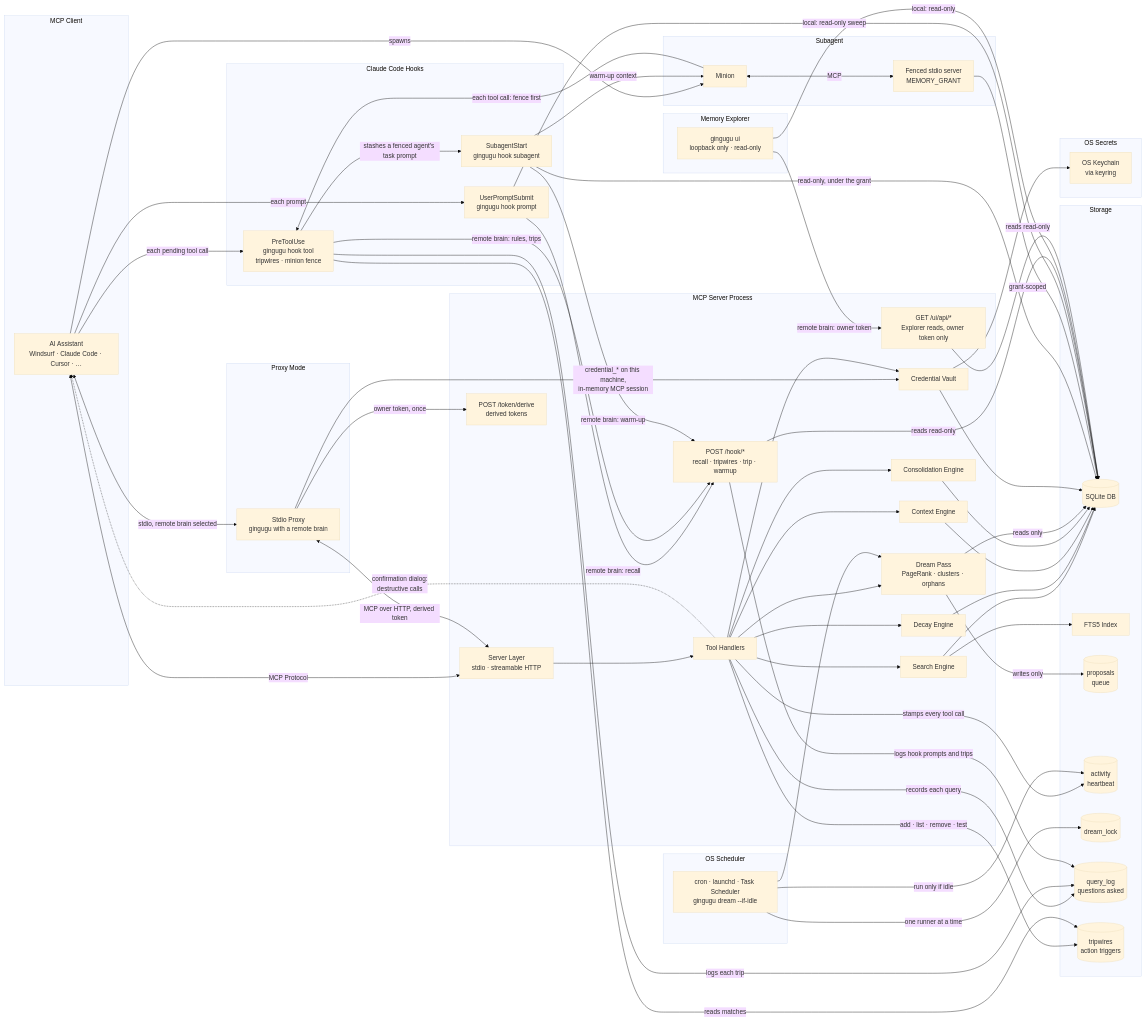
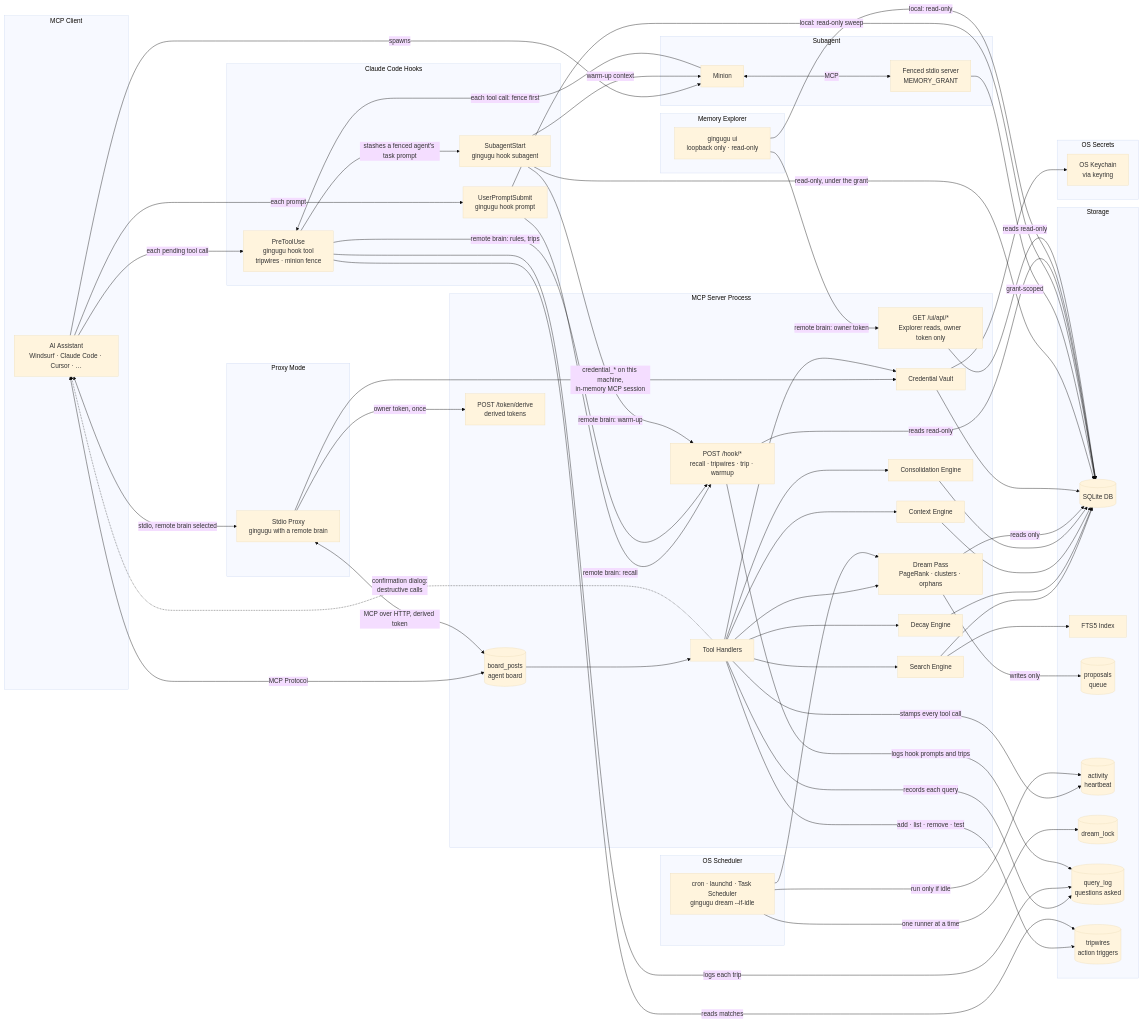
Before and after one commit to gingugu/gingugu: the first of 2 diagrams in docs/architecture.md, drawn with Mermaid (base theme). The commit also changed other lines of this file and 19 other files, not shown here.

First line of the commit message:
feat: agent board - posts between agents, inbox resources, subscriptions/listen push

```diff
--- a/docs/architecture.md
+++ b/docs/architecture.md
@@ -87,6 +87,7 @@
         R[(dream_lock)]
         T[(query_log<br/>questions asked)]
         W[(tripwires<br/>action triggers)]
+        B[(board_posts<br/>agent board)]
     end
 
     subgraph OS Secrets
```
